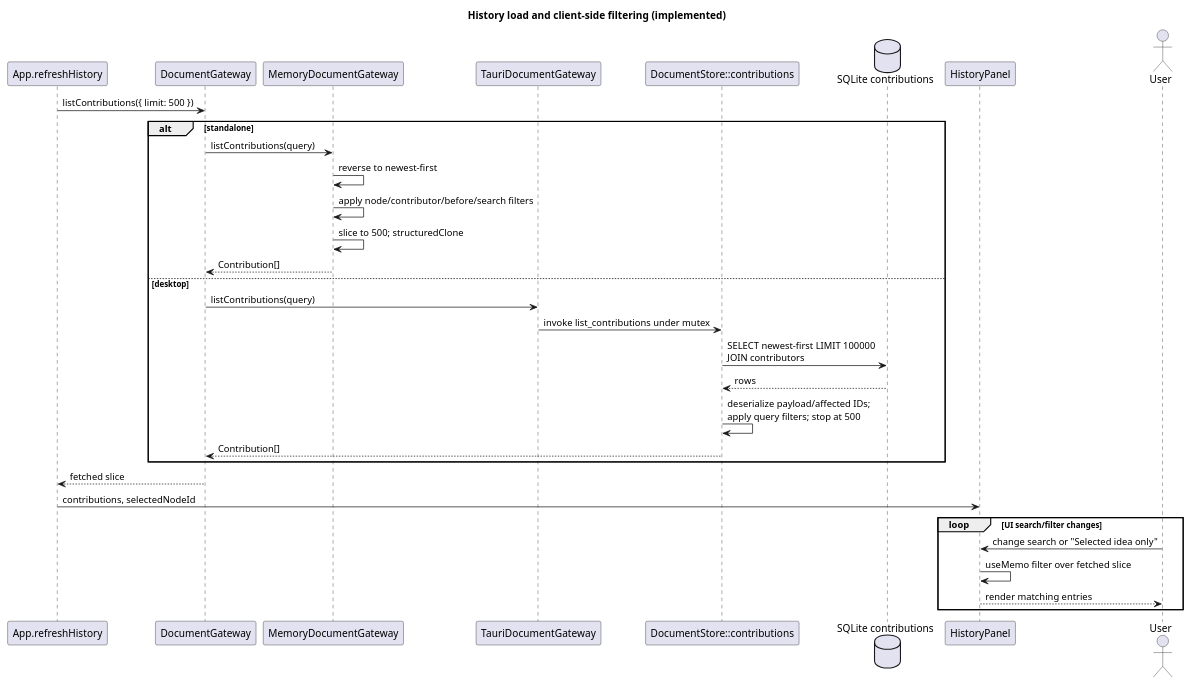
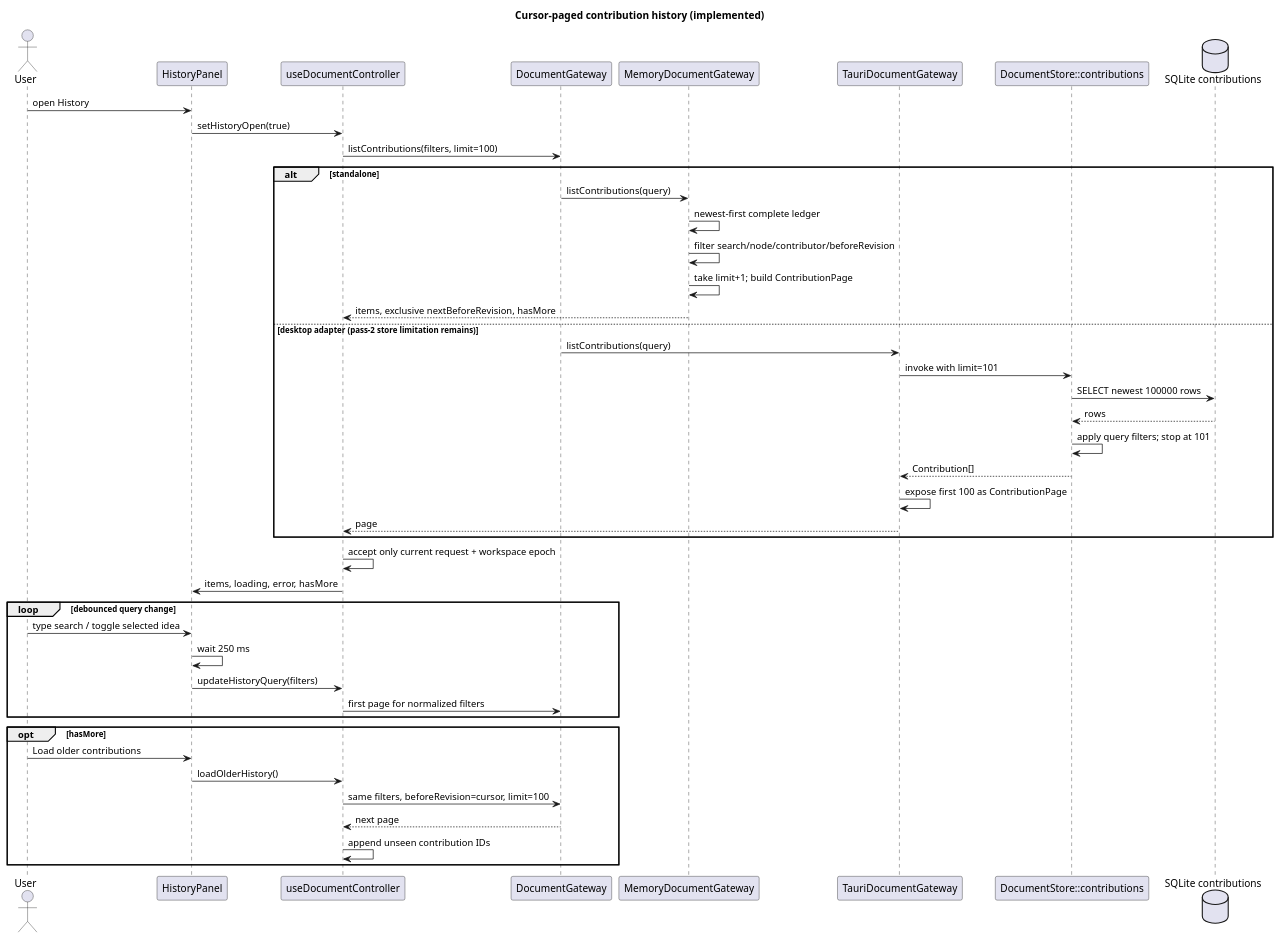
Before and after one commit to benoit-gl/coedit: the seventh of 13 diagrams in docs/SEQUENCE_DIAGRAMS.md, drawn with PlantUML. The commit also changed other lines of this file and 44 other files, not shown here.

Commit message:
Architectural update (cleanup)

````diff
--- a/docs/SEQUENCE_DIAGRAMS.md
+++ b/docs/SEQUENCE_DIAGRAMS.md
@@ -351,37 +407,50 @@
 ```plantuml
 @startuml
-title History load and client-side filtering (implemented)
-participant "App.refreshHistory" as App
-participant "DocumentGateway" as Gateway
-participant "MemoryDocumentGateway" as Memory
-participant "TauriDocumentGateway" as Tauri
+title Cursor-paged contribution history (implemented)
+actor User
+participant HistoryPanel as Panel
+participant useDocumentController as Controller
+participant DocumentGateway as Gateway
+participant MemoryDocumentGateway as Memory
+participant TauriDocumentGateway as Tauri
 participant "DocumentStore::contributions" as Store
 database "SQLite contributions" as SQLite
-participant "HistoryPanel" as Panel
-actor User
 
-App -> Gateway : listContributions({ limit: 500 })
+User -> Panel : open History
+Panel -> Controller : setHistoryOpen(true)
+Controller -> Gateway : listContributions(filters, limit=100)
 alt standalone
   Gateway -> Memory : listContributions(query)
-  Memory -> Memory : reverse to newest-first
-  Memory -> Memory : apply node/contributor/before/search filters
-  Memory -> Memory : slice to 500; structuredClone
-  Memory --> Gateway : Contribution[]
-else desktop
+  Memory -> Memory : newest-first complete ledger
+  Memory -> Memory : filter search/node/contributor/beforeRevision
+  Memory -> Memory : take limit+1; build ContributionPage
+  Memory --> Controller : items, exclusive nextBeforeRevision, hasMore
+else desktop adapter (pass-2 store limitation remains)
   Gateway -> Tauri : listContributions(query)
-  Tauri -> Store : invoke list_contributions under mutex
-  Store -> SQLite : SELECT newest-first LIMIT 100000\nJOIN contributors
+  Tauri -> Store : invoke with limit=101
+  Store -> SQLite : SELECT newest 100000 rows
   SQLite --> Store : rows
-  Store -> Store : deserialize payload/affected IDs;\napply query filters; stop at 500
-  Store --> Gateway : Contribution[]
+  Store -> Store : apply query filters; stop at 101
+  Store --> Tauri : Contribution[]
+  Tauri -> Tauri : expose first 100 as ContributionPage
+  Tauri --> Controller : page
 end
-Gateway --> App : fetched slice
-App -> Panel : contributions, selectedNodeId
+Controller -> Controller : accept only current request + workspace epoch
+Controller -> Panel : items, loading, error, hasMore
 
-loop UI search/filter changes
-  User -> Panel : change search or "Selected idea only"
-  Panel -> Panel : useMemo filter over fetched slice
-  Panel --> User : render matching entries
+loop debounced query change
+  User -> Panel : type search / toggle selected idea
+  Panel -> Panel : wait 250 ms
+  Panel -> Controller : updateHistoryQuery(filters)
+  Controller -> Gateway : first page for normalized filters
+end
+
+opt hasMore
+  User -> Panel : Load older contributions
+  Panel -> Controller : loadOlderHistory()
+  Controller -> Gateway : same filters, beforeRevision=cursor, limit=100
+  Gateway --> Controller : next page
+  Controller -> Controller : append unseen contribution IDs
 end
 @enduml
 ```
````
